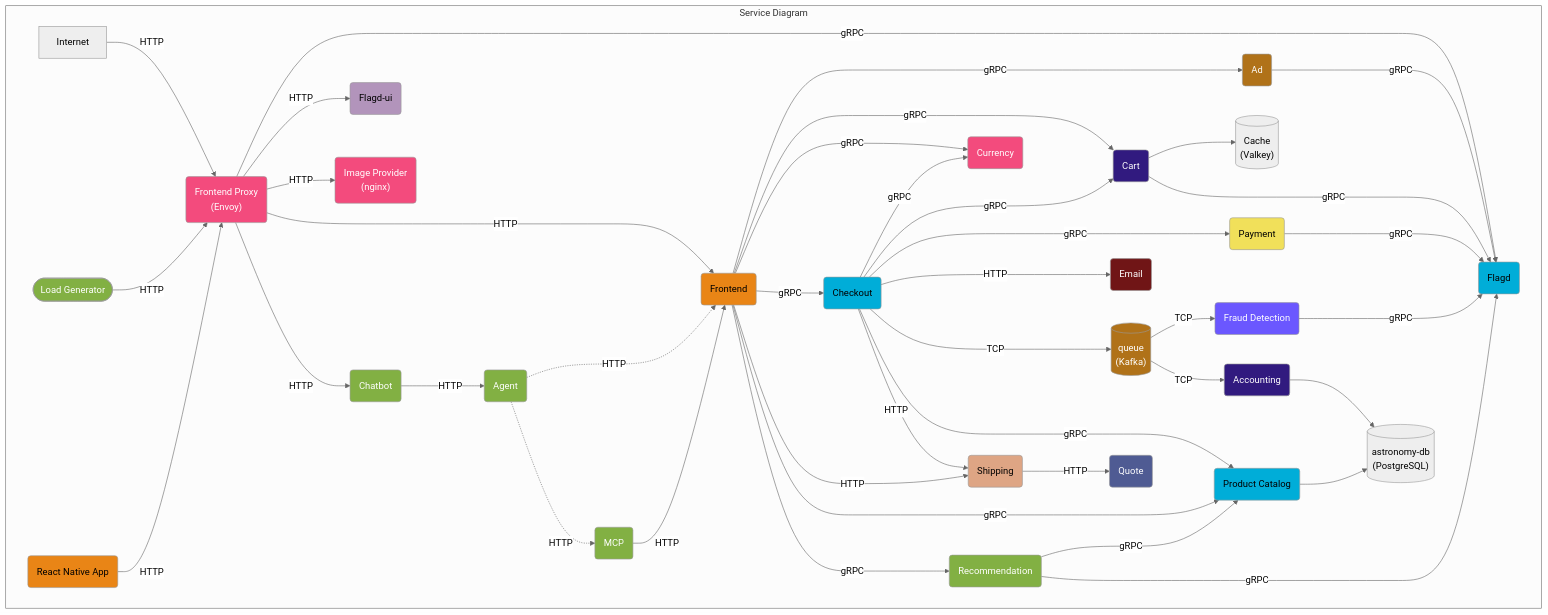
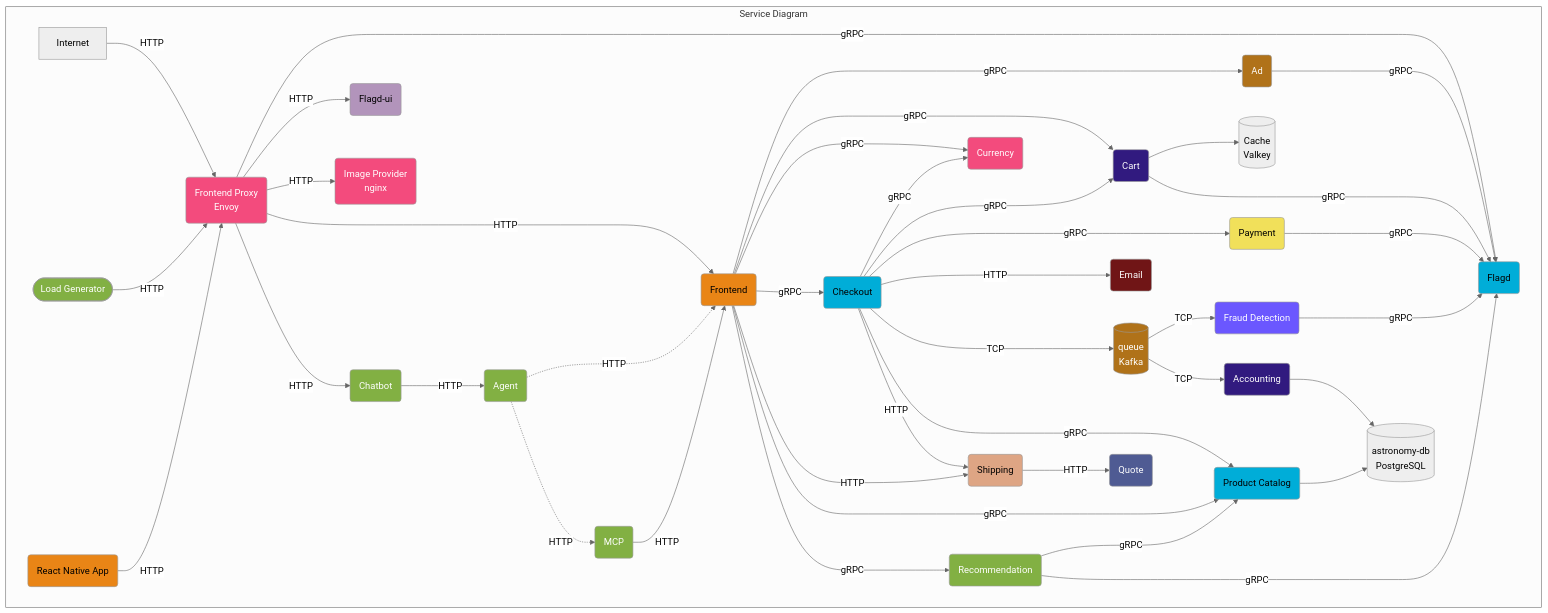
The first of 3 diagrams in content/en/docs/demo/architecture.md (open-telemetry/opentelemetry.io), drawn with Mermaid (neutral theme) before and after one commit.

Commit message:
docs(demo): fix architecture Mermaid labels (#12058)

```diff
--- a/content/en/docs/demo/architecture.md
+++ b/content/en/docs/demo/architecture.md
@@ -15,7 +15,7 @@
 accounting(Accounting):::dotnet
 ad(Ad):::java
 agent(Agent):::python
-cache[(Cache<br/>&#40Valkey&#41)]
+cache[(Cache<br/>Valkey)]
 cart(Cart):::dotnet
 chatbot(Chatbot):::python
 checkout(Checkout):::golang
@@ -25,8 +25,8 @@
 flagd-ui(Flagd-ui):::elixir
 fraud-detection(Fraud Detection):::kotlin
 frontend(Frontend):::typescript
-frontend-proxy(Frontend Proxy <br/>&#40Envoy&#41):::cpp
-image-provider(Image Provider <br/>&#40nginx&#41):::cpp
+frontend-proxy(Frontend Proxy <br/>Envoy):::cpp
+image-provider(Image Provider <br/>nginx):::cpp
 load-generator([Load Generator]):::python
 mcp(MCP):::python
 payment(Payment):::javascript
@@ -34,9 +34,9 @@
 quote(Quote):::php
 recommendation(Recommendation):::python
 shipping(Shipping):::rust
-queue[(queue<br/>&#40Kafka&#41)]:::java
+queue[(queue<br/>Kafka)]:::java
 react-native-app(React Native App):::typescript
-postgresql[(astronomy-db<br/>&#40PostgreSQL&#41)]
+postgresql[(astronomy-db<br/>PostgreSQL)]
 
 chatbot -->|HTTP| agent
 agent -.->|HTTP| frontend
```
